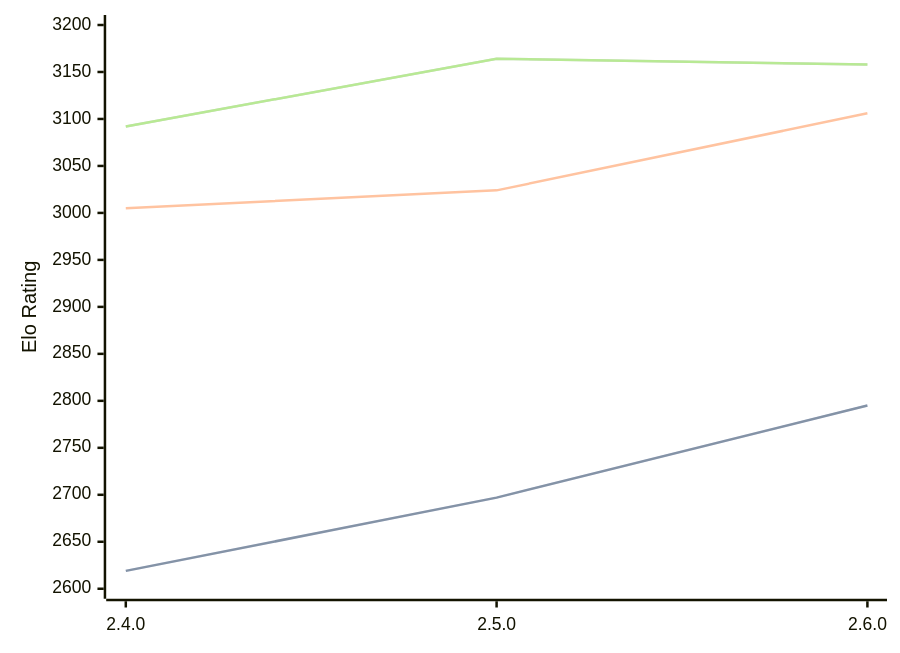
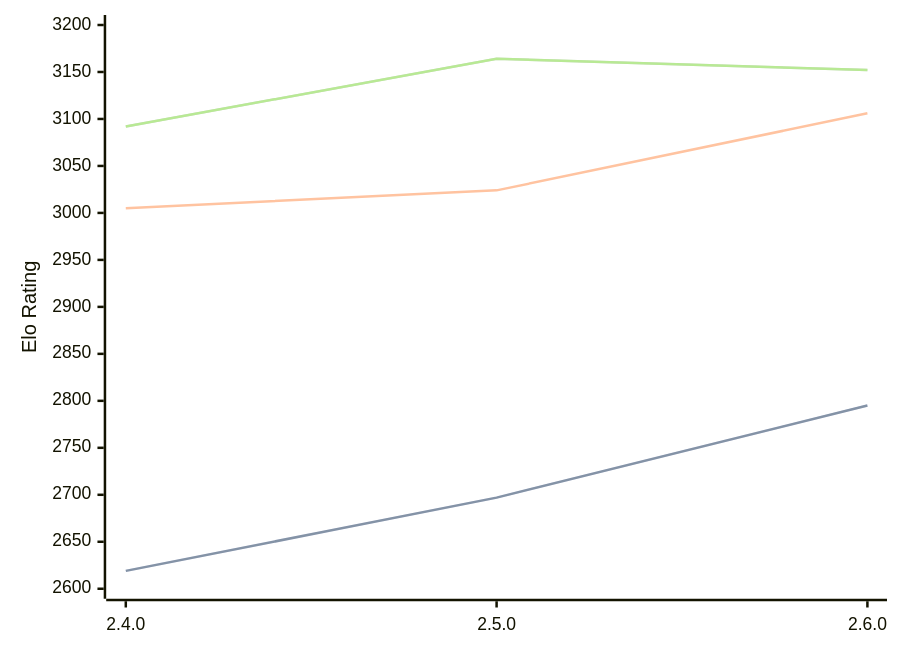
Before and after one commit to computer-chess-index/cci: the diagram in engines/Sturddle2.md, drawn with Mermaid. The commit also changed other lines of this file, not shown here.

Commit message:
Update CCI Ratings (ELO VLTC) - 2026-09-04

````diff
--- a/engines/Sturddle2.md
+++ b/engines/Sturddle2.md
@@ -33,11 +33,11 @@
 ```mermaid
 %%{init: {"theme":"base","themeVariables":{"seriesColors:['#a3a3a3','#222221','#faa371']}}}%%
 xychart-beta
   x-axis ["2.4.0", "2.5.0", "2.6.0"]
   y-axis "Elo Rating" 2600 --> 3200
   line "" [2619, 2697, 2795]
   line "STC (8.0+0.08s)" [2619, 2697, 2795]
   line "LTC (60.0+0.60s)" [3005, 3024, 3106]
-  line "" [3092, 3164, 3158]
-  line "VLTC (2m24s+1.12s)" [3092, 3164, 3158]
+  line "" [3092, 3164, 3152]
+  line "VLTC (2m24s+1.12s)" [3092, 3164, 3152]
 ```
````
